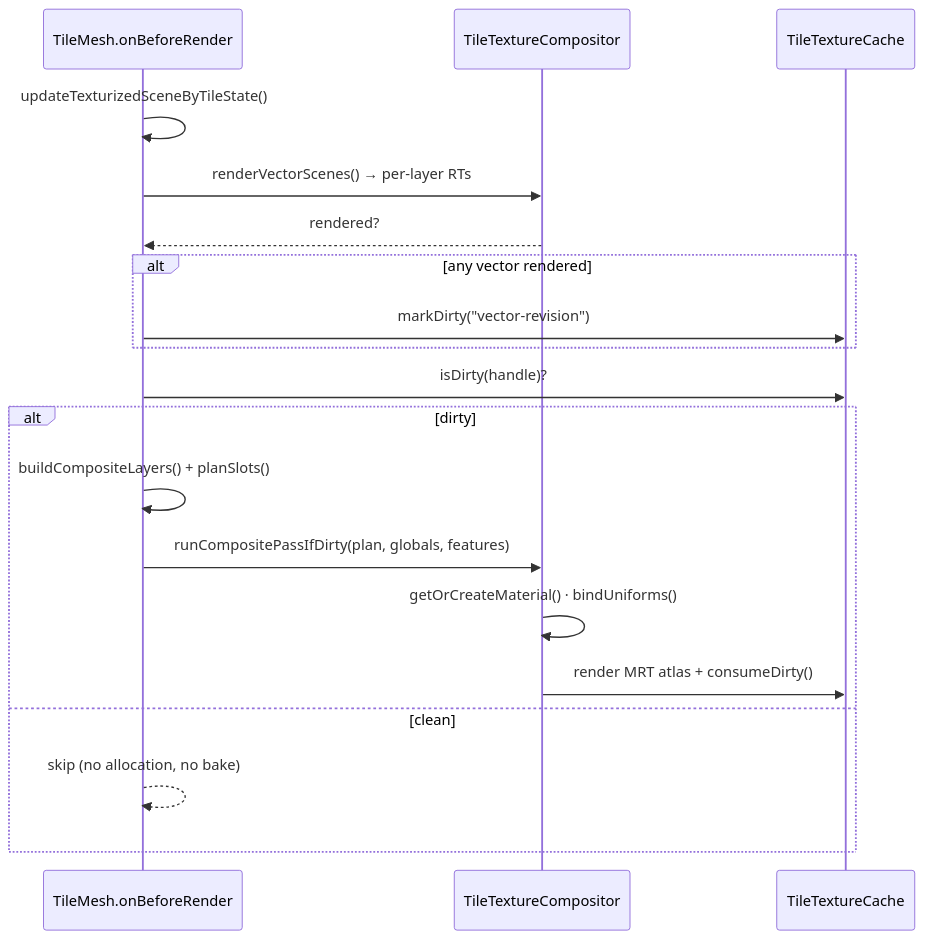
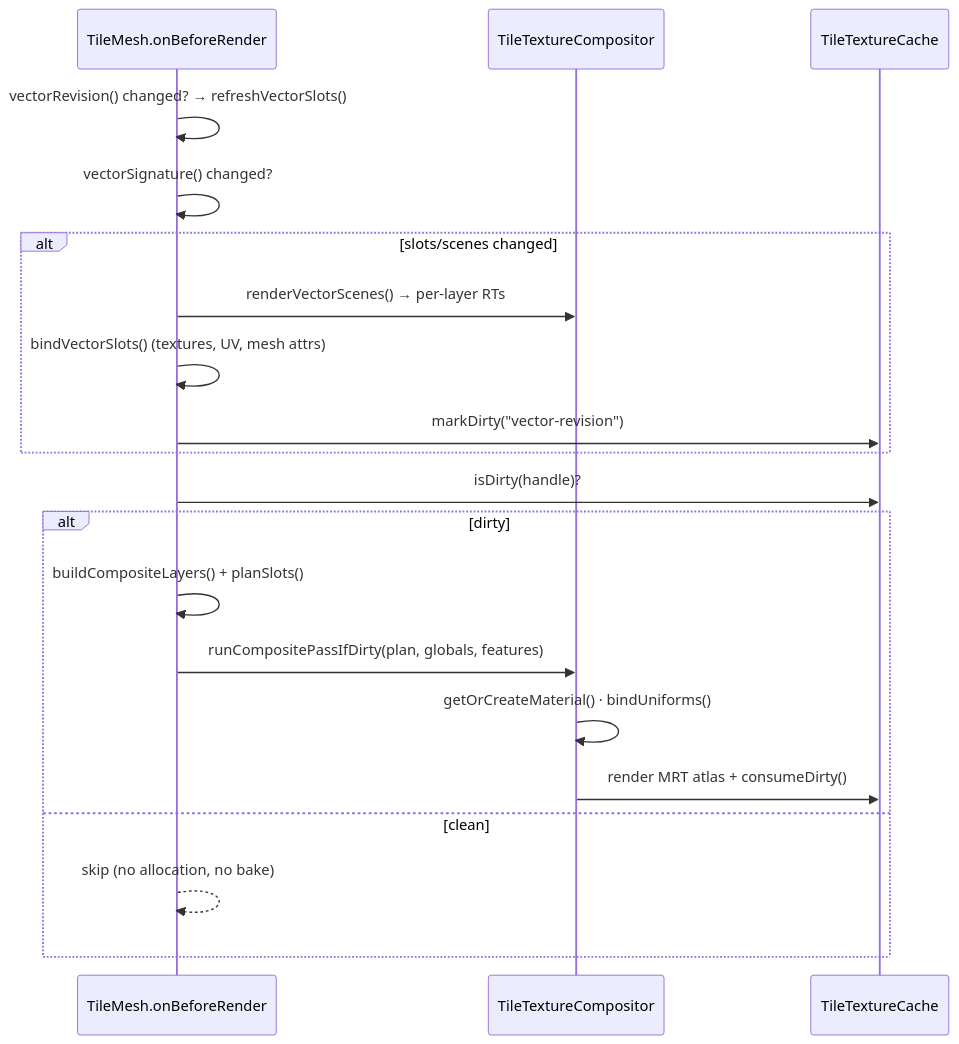
Before and after one commit to matrix9neonebuchadnezzar2199-sketch/navara: the seventh of 8 diagrams in guide/TILE_TEXTURE_COMPOSITING.md, drawn with Mermaid. The commit also changed other lines of this file and 35 other files, not shown here.

First line of the commit message:
feat: support vector tile on quantized-mesh (#669)

````diff
--- a/guide/TILE_TEXTURE_COMPOSITING.md
+++ b/guide/TILE_TEXTURE_COMPOSITING.md
@@ -323,22 +345,23 @@
 ```mermaid
 sequenceDiagram
   participant TM as TileMesh.onBeforeRender
   participant C as TileTextureCompositor
   participant Cache as TileTextureCache
 
-  TM->>TM: updateTexturizedSceneByTileState()
-  TM->>C: renderVectorScenes() → per-layer RTs
-  C-->>TM: rendered?
-  alt any vector rendered
+  TM->>TM: vectorRevision() changed? → refreshVectorSlots()
+  TM->>TM: vectorSignature() changed?
+  alt slots/scenes changed
+    TM->>C: renderVectorScenes() → per-layer RTs
+    TM->>TM: bindVectorSlots() (textures, UV, mesh attrs)
     TM->>Cache: markDirty("vector-revision")
   end
   TM->>Cache: isDirty(handle)?
   alt dirty
     TM->>TM: buildCompositeLayers() + planSlots()
     TM->>C: runCompositePassIfDirty(plan, globals, features)
     C->>C: getOrCreateMaterial() · bindUniforms()
     C->>Cache: render MRT atlas + consumeDirty()
   else clean
     TM-->>TM: skip (no allocation, no bake)
   end
 ```
````
